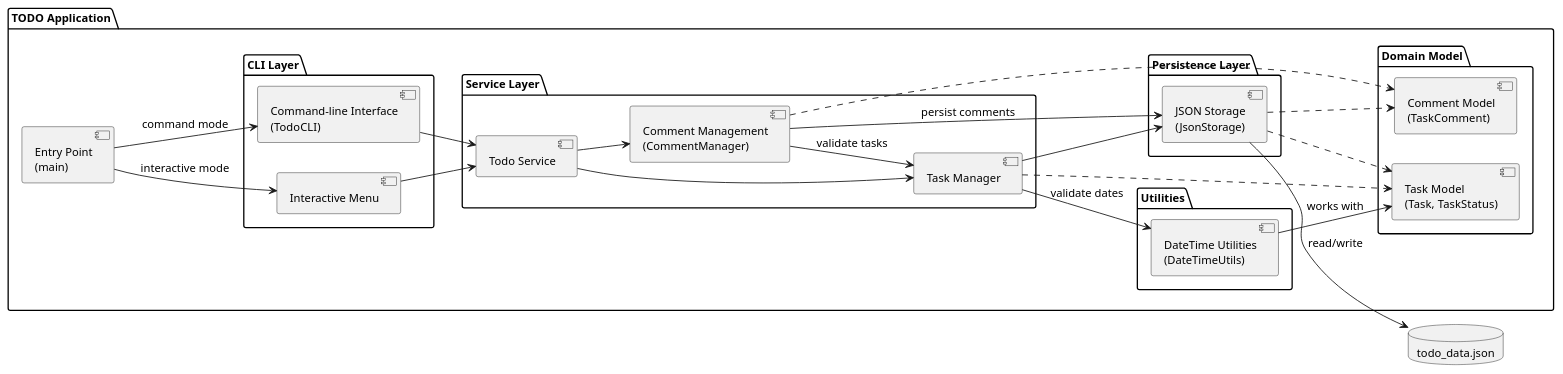
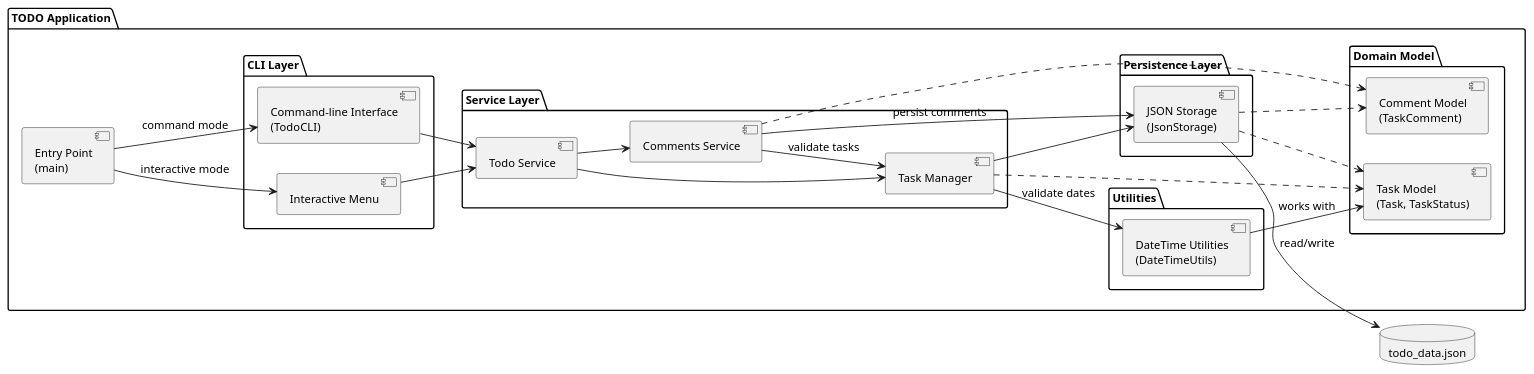
The diagram in experiments/supervisor_as_tools/user_stories/TODO/artifacts/component_diagram.puml (DanielRiha8906/Software_autoevolution_using_agents), drawn with PlantUML before and after one commit. The commit also changed 11 other files, not shown here.

First line of the commit message:
task 04 | supervisor_as_tools / user_stories / TODO - Implement CommentsService

```diff
--- a/experiments/supervisor_as_tools/user_stories/TODO/artifacts/component_diagram.puml
+++ b/experiments/supervisor_as_tools/user_stories/TODO/artifacts/component_diagram.puml
@@ -1,61 +1,61 @@
 @startuml component_diagram
 
 skinparam componentStyle uml2
 skinparam defaultFontSize 13
 
 left to right direction
 
 package "TODO Application" {
 
     component "Entry Point\n(main)" as Main
 
     package "CLI Layer" {
         component "Interactive Menu" as IM
         component "Command-line Interface\n(TodoCLI)" as CLI
     }
 
     package "Service Layer" {
         component "Todo Service" as SVC
         component "Task Manager" as MGR
-        component "Comment Management\n(CommentManager)" as CMT
+        component "Comments Service" as CMT
     }
 
     package "Domain Model" {
         component "Task Model\n(Task, TaskStatus)" as Model
         component "Comment Model\n(TaskComment)" as CommentModel
     }
 
     package "Utilities" {
         component "DateTime Utilities\n(DateTimeUtils)" as DTUtils
     }
 
     package "Persistence Layer" {
         component "JSON Storage\n(JsonStorage)" as Storage
     }
 }
 
 database "todo_data.json" as DB
 
 Main --> IM : interactive mode
 Main --> CLI : command mode
 
 IM --> SVC
 CLI --> SVC
 
 SVC --> MGR
 SVC --> CMT
 
 MGR --> Storage
 MGR --> DTUtils : validate dates
 MGR ..> Model
 CMT --> Storage : persist comments
 CMT --> MGR : validate tasks
 CMT ..> CommentModel
 
 Storage ..> Model
 Storage ..> CommentModel
 DTUtils --> Model : works with
 
 Storage --> DB : read/write
 
 @enduml
```
